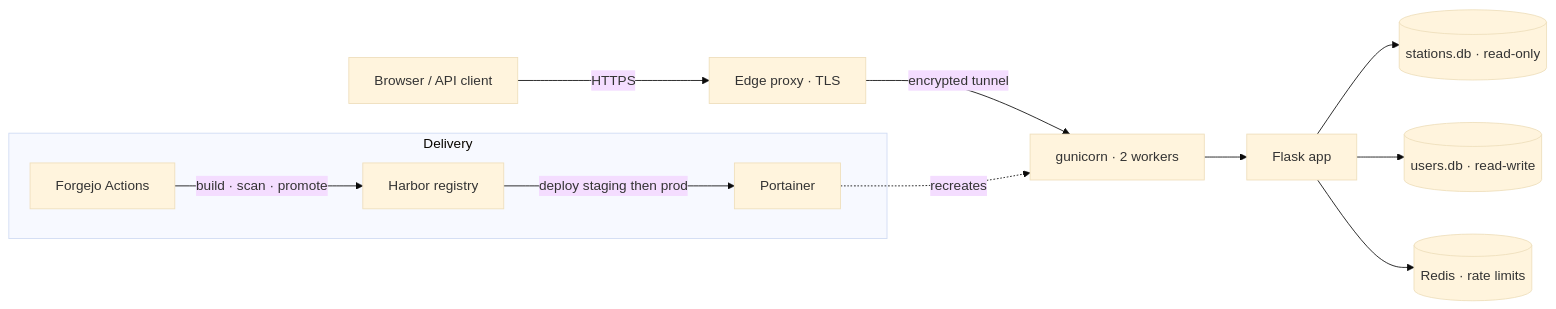
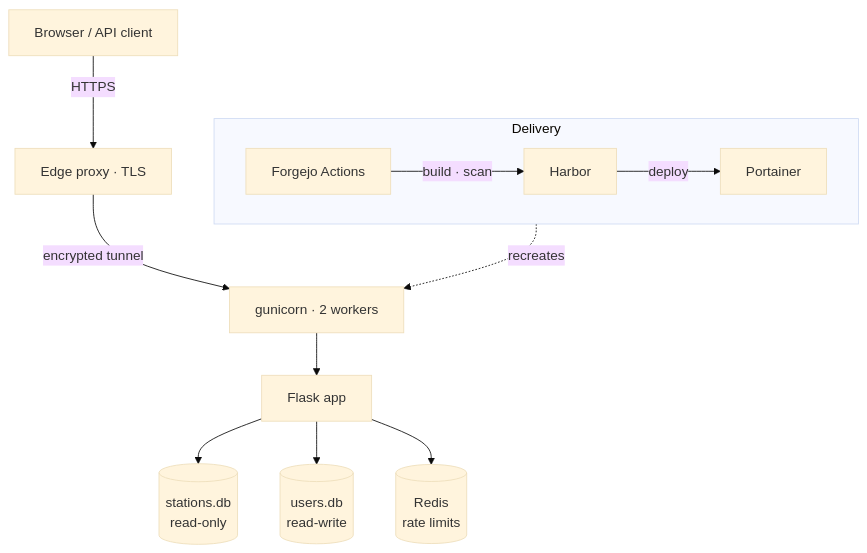
Before and after one commit to hch155/signal-scout: the diagram in README.md, drawn with Mermaid (base theme).

Commit message:
docs(readme): actually apply the TB Architecture diagram
The previous commit's 'git add README.md SECURITY.md' aborted on the
already-deleted SECURITY.md pathspec, so the flowchart LR->TB change never
staged. This lands it.

Claude-Session: https://claude.ai/code/session_018uAoAmMMshXRTQkFECiAtx

````diff
--- a/README.md
+++ b/README.md
@@ -40,14 +40,14 @@
 ```mermaid
-flowchart LR
-    U[Browser / API client] -->|HTTPS| E[Edge proxy · TLS]
-    E -->|encrypted tunnel| G[gunicorn · 2 workers]
-    G --> F[Flask app]
-    F --> S[(stations.db · read-only)]
-    F --> Us[(users.db · read-write)]
-    F --> R[(Redis · rate limits)]
+flowchart TB
+    U["Browser / API client"] -->|HTTPS| E["Edge proxy · TLS"]
+    E -->|"encrypted tunnel"| G["gunicorn · 2 workers"]
+    G --> F["Flask app"]
+    F --> S[("stations.db<br/>read-only")]
+    F --> D[("users.db<br/>read-write")]
+    F --> R[("Redis<br/>rate limits")]
     subgraph Delivery
-      C[Forgejo Actions] -->|build · scan · promote| H[Harbor registry]
-      H -->|deploy staging then prod| P[Portainer]
+      direction LR
+      C["Forgejo Actions"] -->|"build · scan"| H["Harbor"] -->|deploy| P["Portainer"]
     end
-    P -.recreates.-> G
+    P -.->|recreates| G
 ```
````
